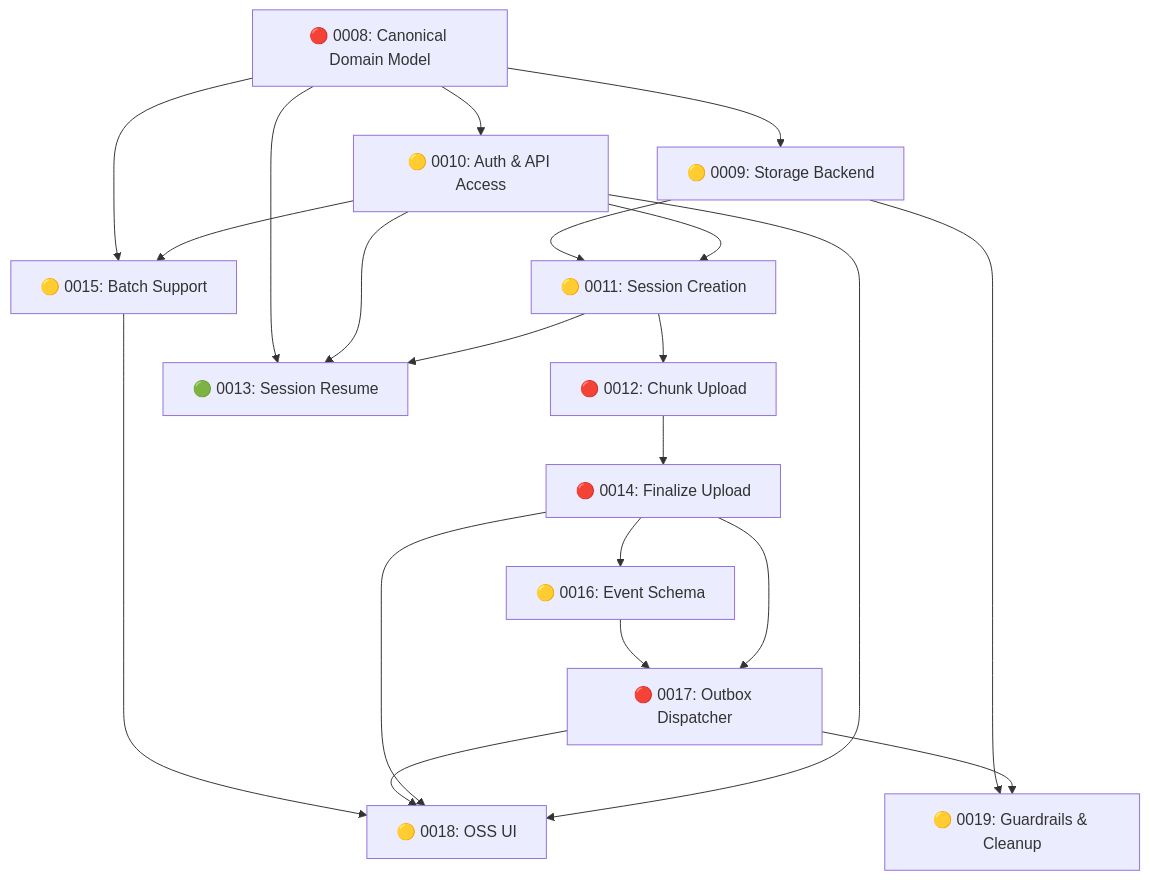
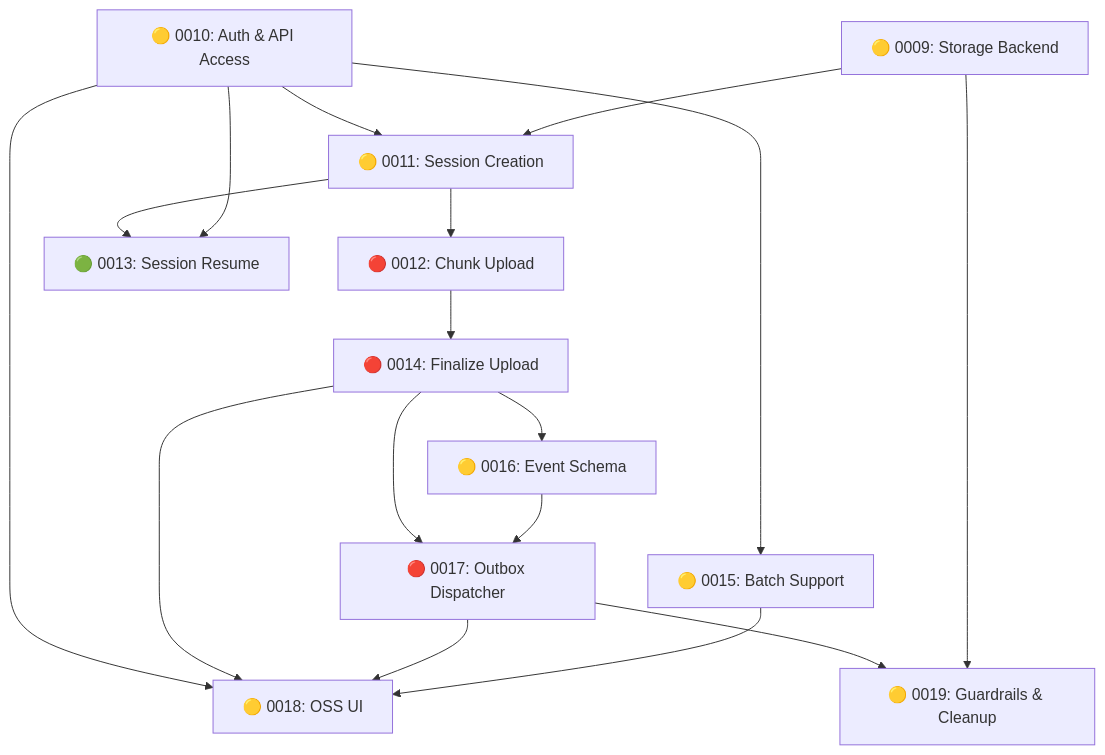
One commit to rjusher/doorito changed the diagram in PEPs/INDEX.md. Above: the diagram before and after it, drawn with Mermaid. The commit also changed other lines of this file and 13 other files, not shown here.

First line of the commit message:
Finalize PEP 0008: Canonical Domain Model for OSS Ingest Portal

````diff
--- a/PEPs/INDEX.md
+++ b/PEPs/INDEX.md
@@ -22,36 +21,31 @@
 ```mermaid
 graph TD
-    PEP0008["🔴 0008: Canonical Domain Model"]
     PEP0009["🟡 0009: Storage Backend"]
     PEP0010["🟡 0010: Auth & API Access"]
     PEP0011["🟡 0011: Session Creation"]
     PEP0012["🔴 0012: Chunk Upload"]
     PEP0013["🟢 0013: Session Resume"]
     PEP0014["🔴 0014: Finalize Upload"]
     PEP0015["🟡 0015: Batch Support"]
     PEP0016["🟡 0016: Event Schema"]
     PEP0017["🔴 0017: Outbox Dispatcher"]
     PEP0018["🟡 0018: OSS UI"]
     PEP0019["🟡 0019: Guardrails & Cleanup"]
 
-    PEP0008 --> PEP0009
-    PEP0008 --> PEP0010
     PEP0009 --> PEP0011
     PEP0010 --> PEP0011
     PEP0011 --> PEP0012
-    PEP0008 --> PEP0013
     PEP0010 --> PEP0013
     PEP0011 --> PEP0013
     PEP0012 --> PEP0014
-    PEP0008 --> PEP0015
     PEP0010 --> PEP0015
     PEP0014 --> PEP0016
     PEP0016 --> PEP0017
     PEP0014 --> PEP0017
     PEP0015 --> PEP0018
     PEP0017 --> PEP0018
     PEP0014 --> PEP0018
     PEP0010 --> PEP0018
     PEP0009 --> PEP0019
     PEP0017 --> PEP0019
 ```
````
